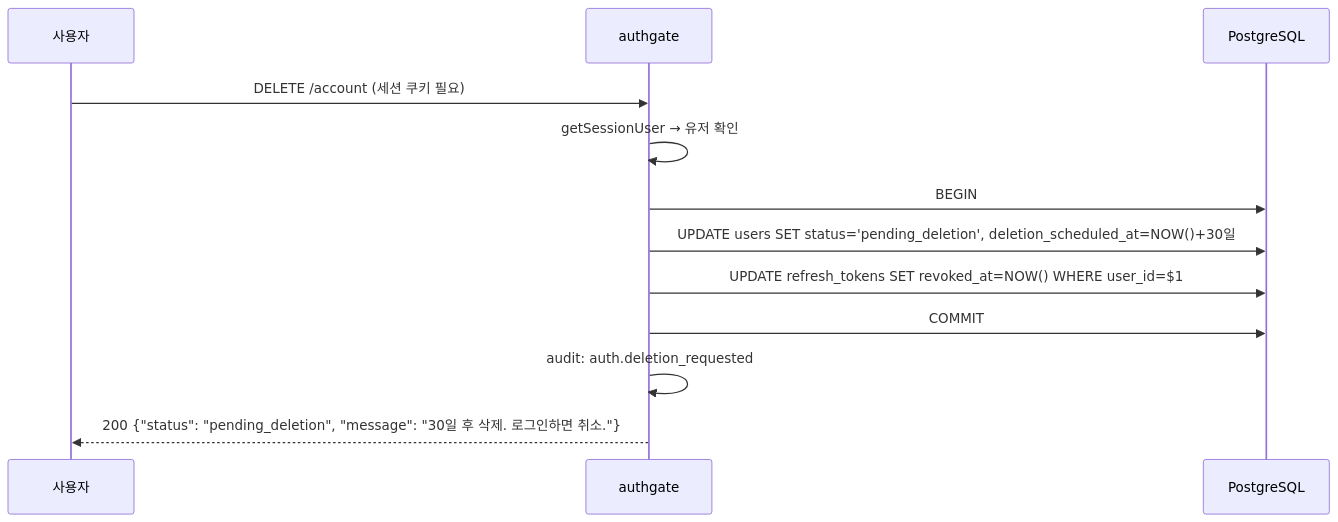
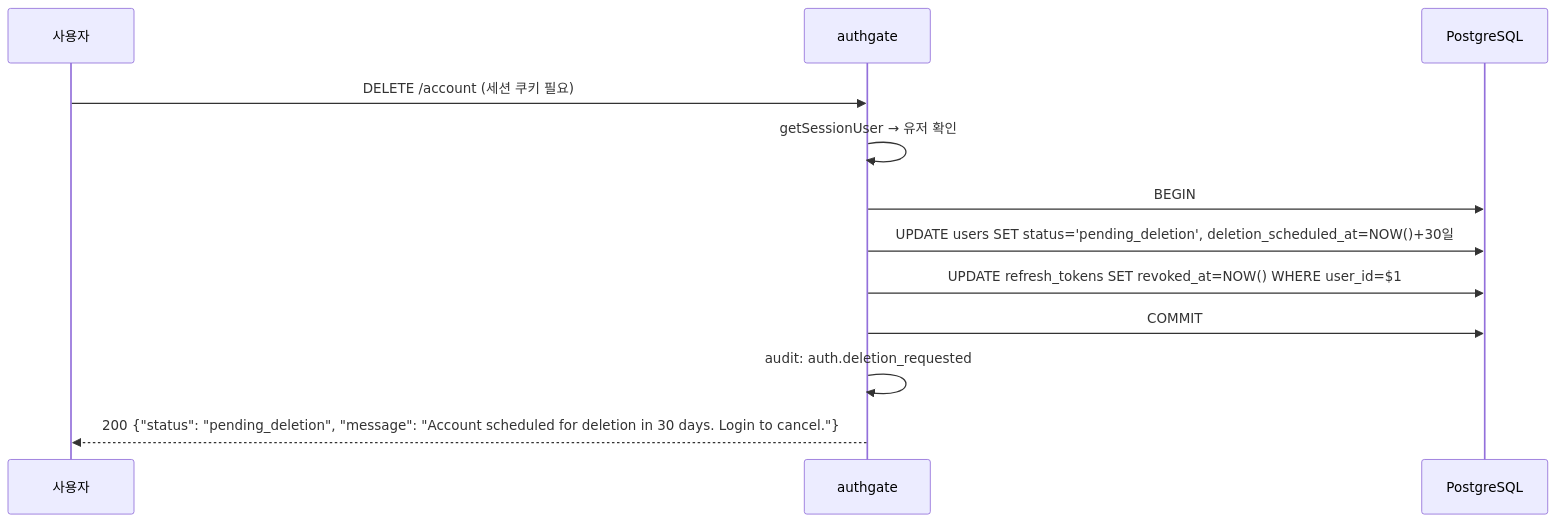
The second of 3 diagrams in docs/spec/006-account-lifecycle.md (cagojeiger/authgate), drawn with Mermaid before and after one commit. The commit also changed 7 other files, not shown here.

````diff
--- a/docs/spec/006-account-lifecycle.md
+++ b/docs/spec/006-account-lifecycle.md
@@ -61,15 +61,15 @@
 ```mermaid
 sequenceDiagram
     participant U as 사용자
     participant AG as authgate
     participant DB as PostgreSQL
 
     U->>AG: DELETE /account (세션 쿠키 필요)
     AG->>AG: getSessionUser → 유저 확인
     AG->>DB: BEGIN
     AG->>DB: UPDATE users SET status='pending_deletion', deletion_scheduled_at=NOW()+30일
     AG->>DB: UPDATE refresh_tokens SET revoked_at=NOW() WHERE user_id=$1
     AG->>DB: COMMIT
     AG->>AG: audit: auth.deletion_requested
-    AG-->>U: 200 {"status": "pending_deletion", "message": "30일 후 삭제. 로그인하면 취소."}
+    AG-->>U: 200 {"status": "pending_deletion", "message": "Account scheduled for deletion in 30 days. Login to cancel."}
 ```
````
